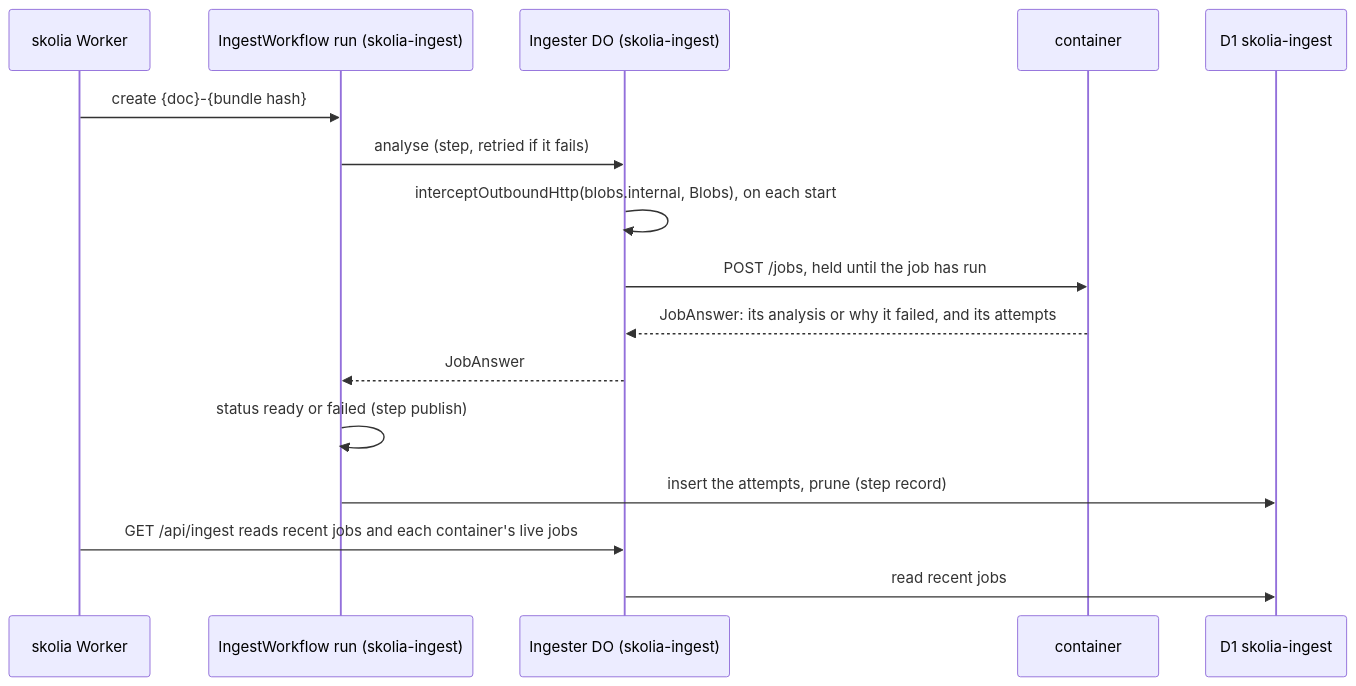
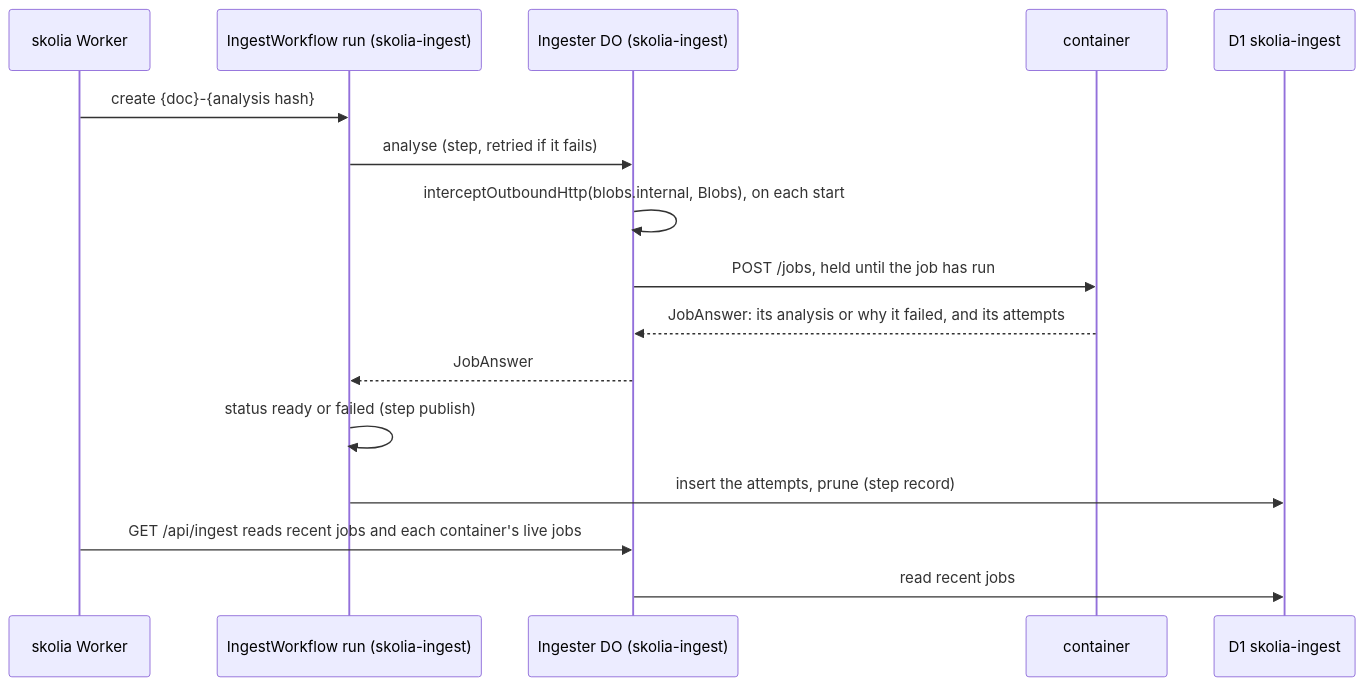
Before and after one commit to skolia-io/skolia: the second of 3 diagrams in ARCHITECTURE.md, drawn with Mermaid. The commit also changed other lines of this file and 82 other files, not shown here.

````diff
--- a/ARCHITECTURE.md
+++ b/ARCHITECTURE.md
@@ -74,18 +74,18 @@
 ```mermaid
 sequenceDiagram
   participant API as skolia Worker
   participant WF as IngestWorkflow run (skolia-ingest)
   participant DO as Ingester DO (skolia-ingest)
   participant C as container
   participant IDB as D1 skolia-ingest
-  API->>WF: create {doc}-{bundle hash}
+  API->>WF: create {doc}-{analysis hash}
   WF->>DO: analyse (step, retried if it fails)
   DO->>DO: interceptOutboundHttp(blobs.internal, Blobs), on each start
   DO->>C: POST /jobs, held until the job has run
   C-->>DO: JobAnswer: its analysis or why it failed, and its attempts
   DO-->>WF: JobAnswer
   WF->>WF: status ready or failed (step publish)
   WF->>IDB: insert the attempts, prune (step record)
   API->>DO: GET /api/ingest reads recent jobs and each container's live jobs
   DO->>IDB: read recent jobs
 ```
````
